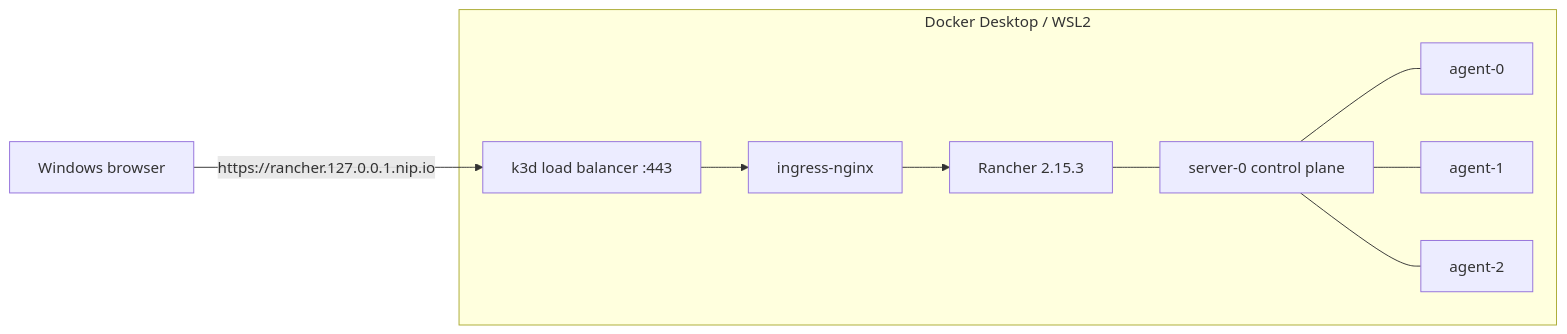
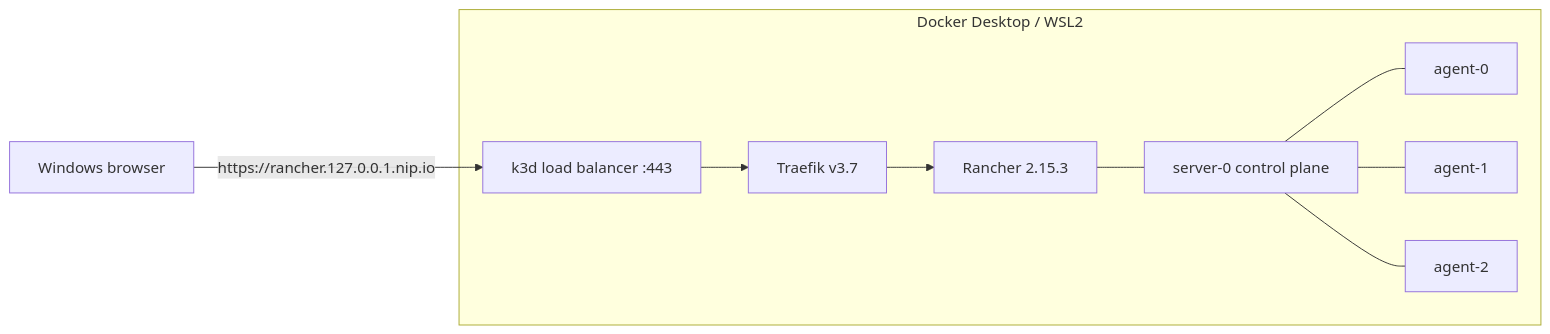
The diagram in blog/posts/K3s-and-Rancher-on-Windows-with-WSL2/en.md (champ-patyatawee/champ-patyatawee), drawn with Mermaid before and after one commit. The commit also changed other lines of this file and 1 other file, not shown here.

Commit message:
Switch k3d + Rancher guide to Traefik ingress

````diff
--- a/blog/posts/K3s-and-Rancher-on-Windows-with-WSL2/en.md
+++ b/blog/posts/K3s-and-Rancher-on-Windows-with-WSL2/en.md
@@ -39,12 +39,12 @@
 ```mermaid
 flowchart LR
     B[Windows browser] -->|https://rancher.127.0.0.1.nip.io| LB[k3d load balancer :443]
     subgraph Docker Desktop / WSL2
-        LB --> ING[ingress-nginx]
+        LB --> ING[Traefik v3.7]
         ING --> R[Rancher 2.15.3]
         R --- CP[server-0 control plane]
         CP --- A0[agent-0]
         CP --- A1[agent-1]
         CP --- A2[agent-2]
     end
 ```
````
